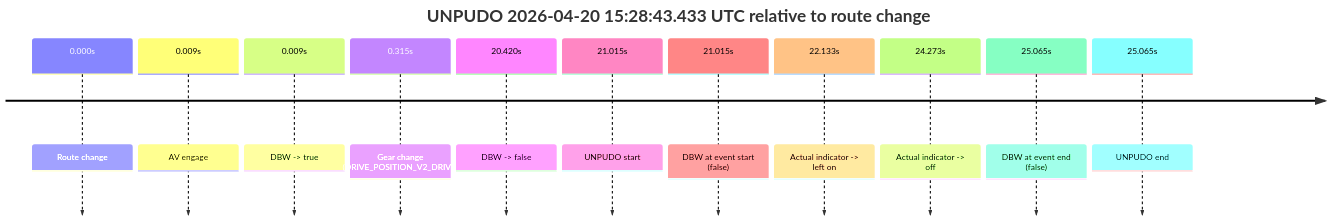
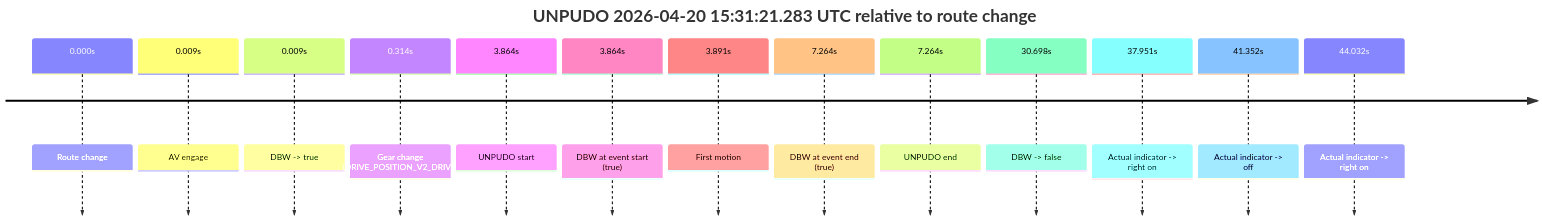
Before and after one commit to yoelshapiro/vault: the sixth of 10 diagrams in model_analysis/report_cards/2026/04/Week-4/fme10005--2026-04-20--13-43-30--gen2-av-1cf69e8e-fc53-4334-aca9-89918a4f3427.md, drawn with Mermaid. The commit also changed other lines of this file and 3 other files, not shown here.

````diff
--- a/model_analysis/report_cards/2026/04/Week-4/fme10005--2026-04-20--13-43-30--gen2-av-1cf69e8e-fc53-4334-aca9-89918a4f3427.md
+++ b/model_analysis/report_cards/2026/04/Week-4/fme10005--2026-04-20--13-43-30--gen2-av-1cf69e8e-fc53-4334-aca9-89918a4f3427.md
@@ -491,15 +529,17 @@
 ```mermaid
 timeline
-    title UNPUDO 2026-04-20 15:28:43.433 UTC relative to route change
+    title UNPUDO 2026-04-20 15:31:21.283 UTC relative to route change
     0.000s : Route change
     0.009s : AV engage
     0.009s : DBW -> true
-    0.315s : Gear change (DRIVE_POSITION_V2_DRIVE)
-    20.420s : DBW -> false
-    21.015s : UNPUDO start
-    21.015s : DBW at event start (false)
-    22.133s : Actual indicator -> left on
-    24.273s : Actual indicator -> off
-    25.065s : DBW at event end (false)
-    25.065s : UNPUDO end
+    0.314s : Gear change (DRIVE_POSITION_V2_DRIVE)
+    3.864s : UNPUDO start
+    3.864s : DBW at event start (true)
+    3.891s : First motion
+    7.264s : DBW at event end (true)
+    7.264s : UNPUDO end
+    30.698s : DBW -> false
+    37.951s : Actual indicator -> right on
+    41.352s : Actual indicator -> off
+    44.032s : Actual indicator -> right on
 ```
````
